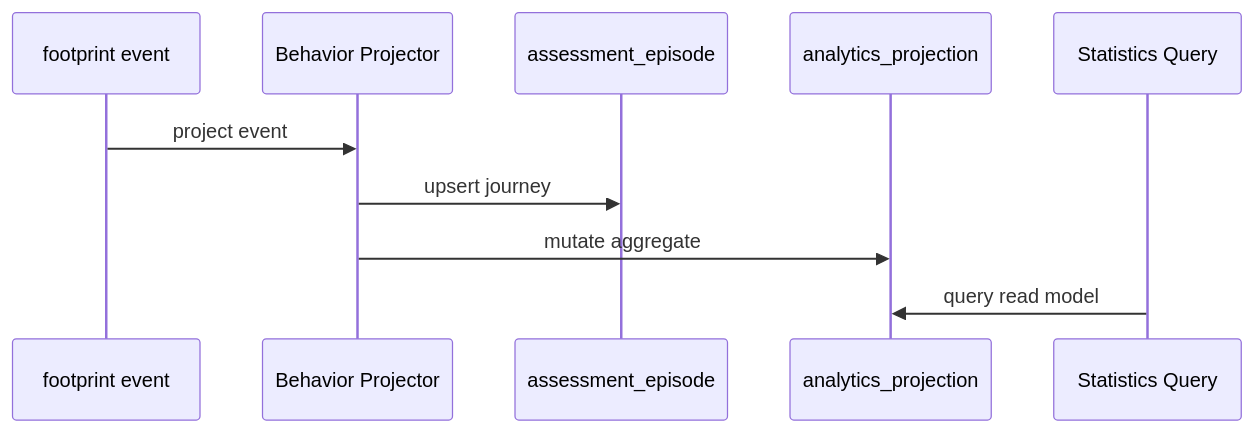
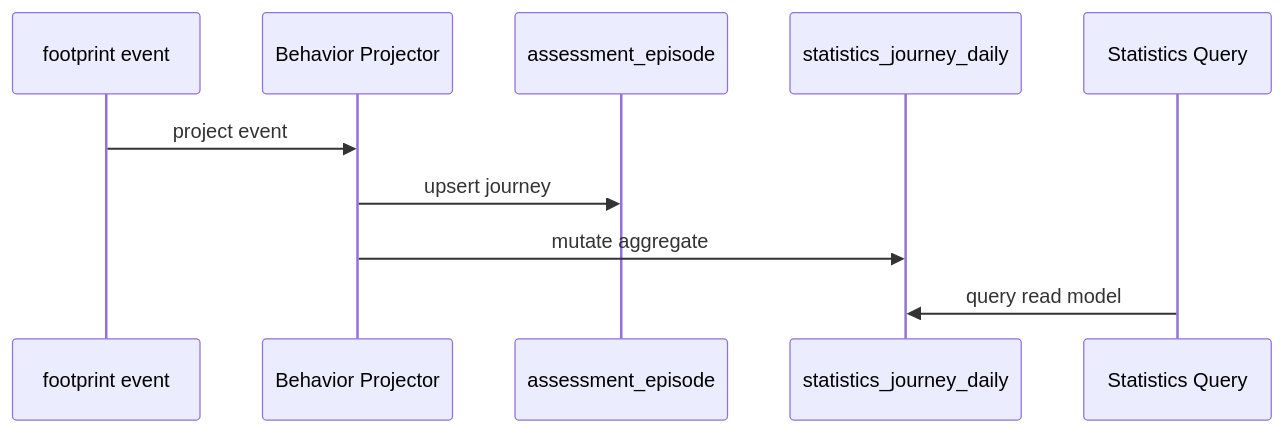
Before and after one commit to FangcunMount/qs-server: the second of 2 diagrams in docs/02-业务模块/statistics/04-行为投影关系.md, drawn with Mermaid. The commit also changed other lines of this file and 28 other files, not shown here.

````diff
--- a/docs/02-业务模块/statistics/04-行为投影关系.md
+++ b/docs/02-业务模块/statistics/04-行为投影关系.md
@@ -50,12 +50,12 @@
 ```mermaid
 sequenceDiagram
     participant Event as footprint event
     participant Projector as Behavior Projector
     participant Episode as assessment_episode
-    participant Projection as analytics_projection
+    participant Projection as statistics_journey_daily
     participant API as Statistics Query
     Event->>Projector: project event
     Projector->>Episode: upsert journey
     Projector->>Projection: mutate aggregate
     API->>Projection: query read model
 ```
````
